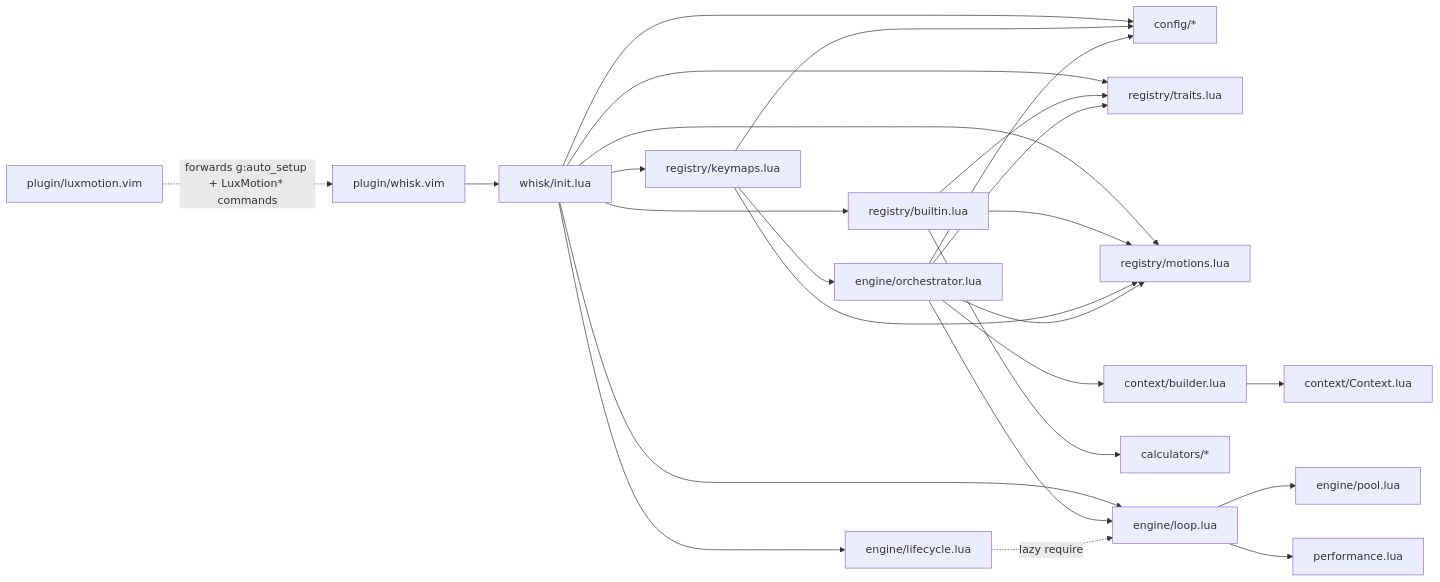
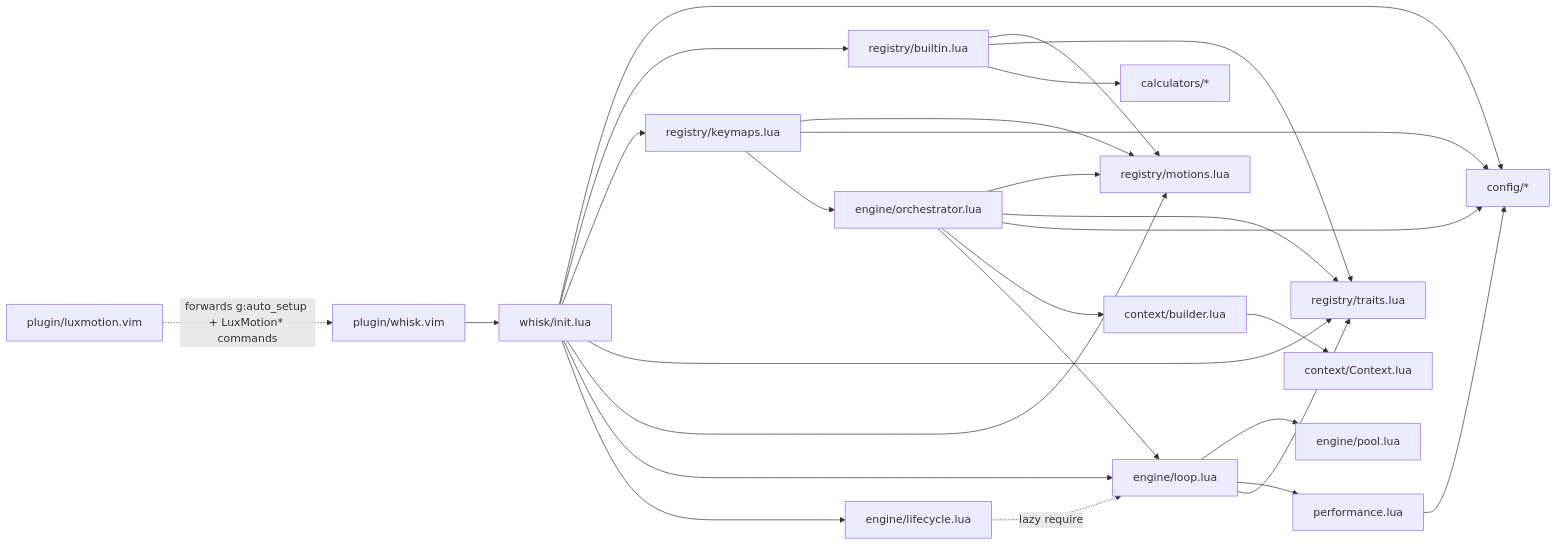
Before and after one commit to josstei/whisk.nvim: the second of 2 diagrams in docs/ARCHITECTURE.md, drawn with Mermaid. The commit also changed other lines of this file, not shown here.

Commit message:
docs: fix dependency diagram and frame interval description in ARCHITECTURE.md
Add missing loop-->traits and perf-->config arrows to the module
dependency diagram, and clarify that 30fps frame interval requires
both performance mode active and reduce_frame_rate enabled.

````diff
--- a/docs/ARCHITECTURE.md
+++ b/docs/ARCHITECTURE.md
@@ -99,30 +99,32 @@
 ```mermaid
 flowchart LR
   shim[plugin/luxmotion.vim] -.->|forwards g:auto_setup + LuxMotion* commands| plugin[plugin/whisk.vim]
   plugin --> init[whisk/init.lua]
   init --> config[config/*]
   init --> builtin[registry/builtin.lua]
   init --> keymaps_reg[registry/keymaps.lua]
   init --> traits_reg[registry/traits.lua]
   init --> motions[registry/motions.lua]
   init --> loop[engine/loop.lua]
   init --> lifecycle[engine/lifecycle.lua]
 
   builtin --> motions
   builtin --> traits_reg
   builtin --> calcs[calculators/*]
 
   keymaps_reg --> motions
   keymaps_reg --> config
   keymaps_reg --> orch[engine/orchestrator.lua]
   orch --> motions
   orch --> traits_reg
   orch --> config
   orch --> builder[context/builder.lua]
   orch --> loop
 
   builder --> ctx[context/Context.lua]
   loop --> pool[engine/pool.lua]
   loop --> perf[performance.lua]
+  loop --> traits_reg
+  perf --> config
   lifecycle -.->|lazy require| loop
 ```
````
